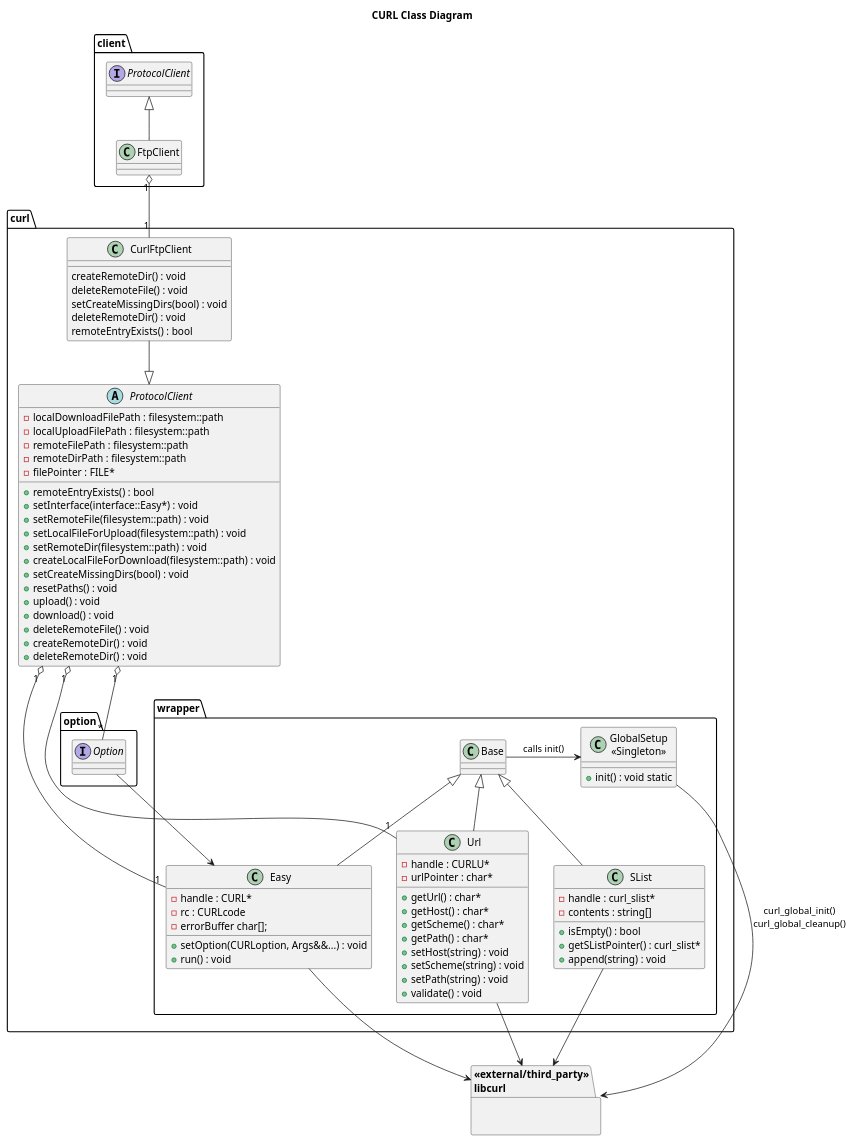
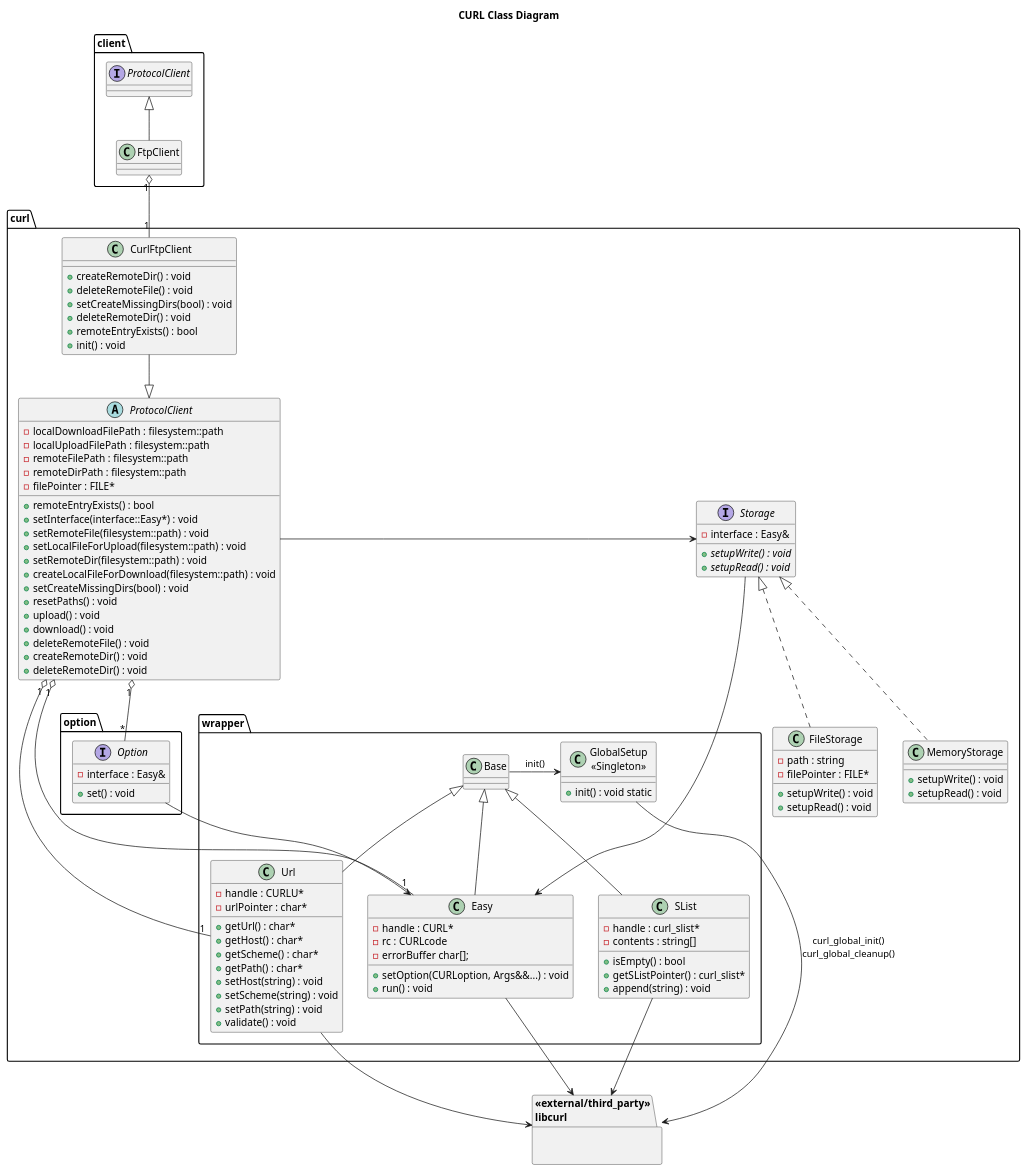
One commit to kfpgk/libfilesync changed the diagram in libfilesync/curl/doc/class.puml. Above: the diagram before and after it, drawn with PlantUML. The commit also changed 22 other files, not shown here.

Commit message:
Rename easy interface members

```diff
--- a/libfilesync/curl/doc/class.puml
+++ b/libfilesync/curl/doc/class.puml
@@ -1,105 +1,128 @@
 @startuml curl-class-diagram
 
 title CURL Class Diagram
 
 package client {
 
     interface ProtocolClient
     class FtpClient
 
 }
 
 package curl {
     abstract class "ProtocolClient" as CurlProtocolClient {
         - localDownloadFilePath : filesystem::path
         - localUploadFilePath : filesystem::path 
         - remoteFilePath : filesystem::path 
         - remoteDirPath : filesystem::path
         - filePointer : FILE*
         + remoteEntryExists() : bool
         + setInterface(interface::Easy*) : void
         + setRemoteFile(filesystem::path) : void
         + setLocalFileForUpload(filesystem::path) : void
         + setRemoteDir(filesystem::path) : void
         + createLocalFileForDownload(filesystem::path) : void
         + setCreateMissingDirs(bool) : void
         + resetPaths() : void
         + upload() : void
         + download() : void
         + deleteRemoteFile() : void
         + createRemoteDir() : void
         + deleteRemoteDir() : void       
     }
     class "CurlFtpClient" as CurlFtpClient {
-        createRemoteDir() : void
-        deleteRemoteFile() : void
-        setCreateMissingDirs(bool) : void
-        deleteRemoteDir() : void
-        remoteEntryExists() : bool
+        + createRemoteDir() : void
+        + deleteRemoteFile() : void
+        + setCreateMissingDirs(bool) : void
+        + deleteRemoteDir() : void
+        + remoteEntryExists() : bool
+        + init() : void
+    }
+    interface Storage {
+        - interface : Easy&
+        + {abstract} setupWrite() : void
+        + {abstract} setupRead() : void
+    }
+    class "FileStorage" as FileStorage {
+        - path : string
+        - filePointer : FILE*
+        + setupWrite() : void
+        + setupRead() : void
+    }
+    class "MemoryStorage" as MemoryStorage {
+        + setupWrite() : void
+        + setupRead() : void
     }
     package wrapper {
         class "Url" as CurlUrl {
             - handle : CURLU*
             - urlPointer : char*
             + getUrl() : char*
             + getHost() : char*
             + getScheme() : char*
             + getPath() : char*
             + setHost(string) : void
             + setScheme(string) : void
             + setPath(string) : void
             + validate() : void
         }
         class "SList" as CurlSList {
             - handle : curl_slist*
             - contents : string[]
             + isEmpty() : bool
             + getSListPointer() : curl_slist*
             + append(string) : void
         }
         class "Easy" as CurlEasy {
             - handle : CURL*
             - rc : CURLcode
             - errorBuffer char[];
             + setOption(CURLoption, Args&&...) : void
             + run() : void
         }
         class "GlobalSetup\n<<Singleton>>" as CurlGlobalSetup {
             + init() : void static
         }
         class "Base" as CurlBase
     }
 
     package option {
-        interface "Option" as CurlOption
+        interface "Option" as CurlOption {
+            - interface : Easy&
+            + set() : void
+        }
     }
 
 }
 
 
 package "<<external/third_party>>\nlibcurl" as libcurl {
 
 }
 
 CurlBase <|-- CurlEasy  
 CurlBase <|-- CurlUrl
 CurlBase <|-- CurlSList
-CurlBase -> CurlGlobalSetup : calls init()
+CurlBase -> CurlGlobalSetup : init()
 
 ProtocolClient <|-- FtpClient
 
 FtpClient "1" o-- "1" CurlFtpClient
 CurlFtpClient --|> CurlProtocolClient
 CurlProtocolClient "1" o-- "1" CurlUrl
+CurlProtocolClient -> Storage
+Storage <|.. MemoryStorage
+Storage <|.. FileStorage
 
+Storage -> CurlEasy
 CurlOption --> CurlEasy
 CurlProtocolClient "1" o-- "*" CurlOption
 
 CurlProtocolClient "1" o-- "1" CurlEasy
 
 CurlUrl --> libcurl
 CurlSList --> libcurl
 CurlEasy --> libcurl
 CurlGlobalSetup --> libcurl : curl_global_init()\ncurl_global_cleanup()
 
 @enduml
```
